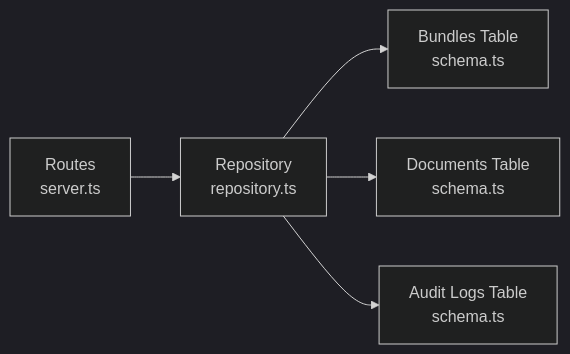
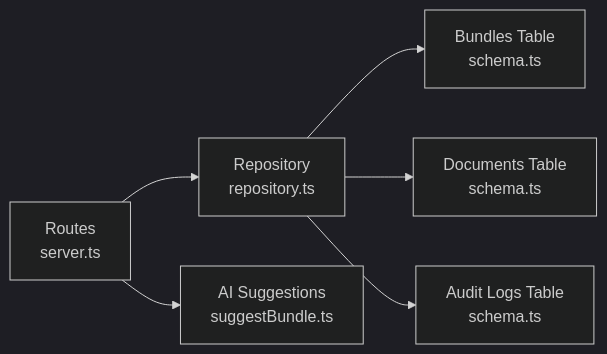
Before and after one commit to djahasiel101600/archivehub: the fifth of 5 diagrams in .qoder/repowiki/en/content/System Architecture/API Architecture/Resource Endpoints/Bundle Endpoints.md, drawn with Mermaid (dark theme). The commit also changed other lines of this file and 12 other files, not shown here.

````diff
--- a/.qoder/repowiki/en/content/System Architecture/API Architecture/Resource Endpoints/Bundle Endpoints.md
+++ b/.qoder/repowiki/en/content/System Architecture/API Architecture/Resource Endpoints/Bundle Endpoints.md
@@ -236,7 +285,8 @@
 ```mermaid
 graph LR
 Routes["Routes<br/>server.ts"] --> Repo["Repository<br/>repository.ts"]
 Repo --> Bundles["Bundles Table<br/>schema.ts"]
 Repo --> Docs["Documents Table<br/>schema.ts"]
 Repo --> Audit["Audit Logs Table<br/>schema.ts"]
+Routes --> AI["AI Suggestions<br/>suggestBundle.ts"]
 ```
````
